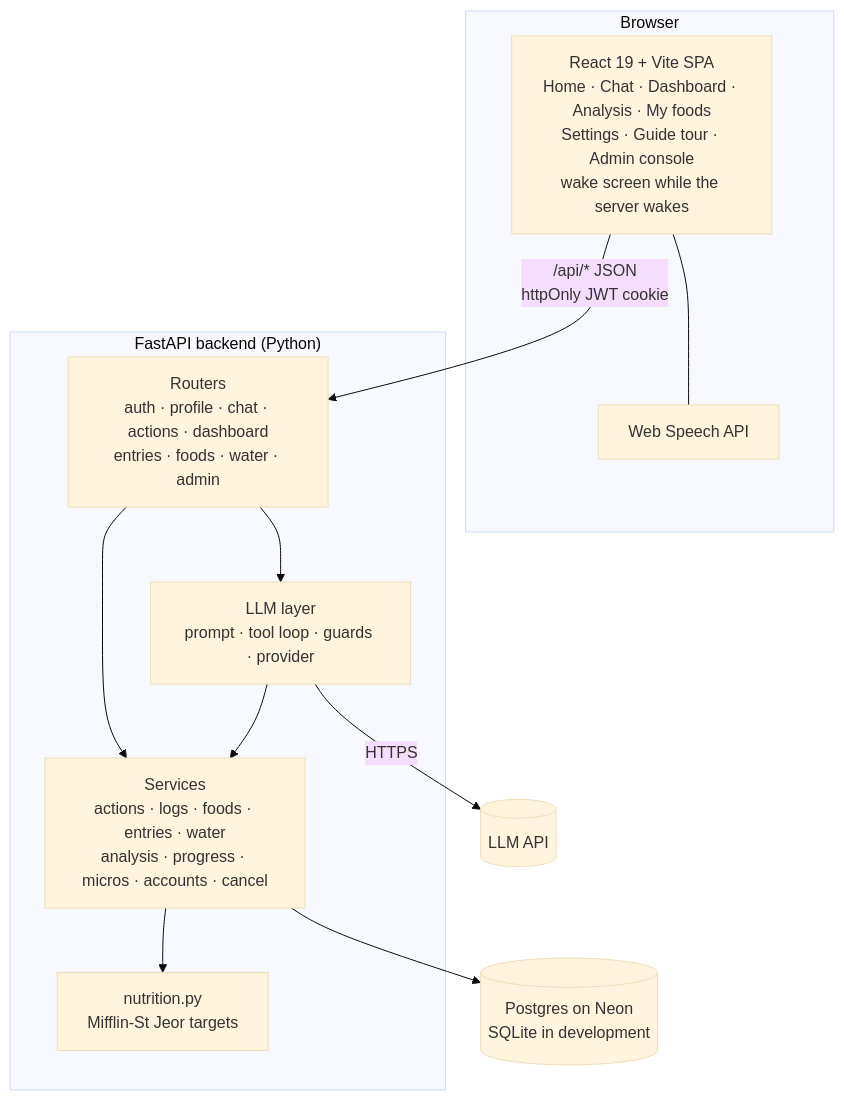
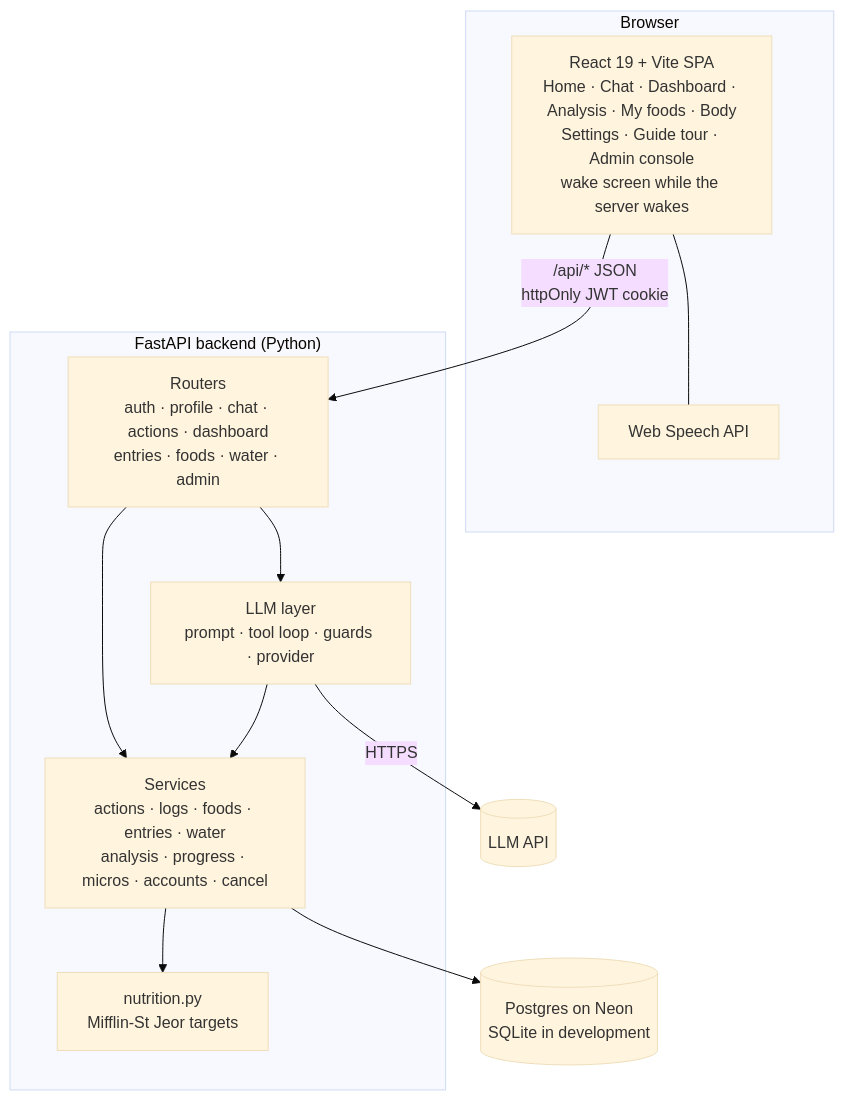
The second of 8 diagrams in docs/hld.md (NeoAnushka21/tracker_poc), drawn with Mermaid (base theme) before and after one commit. The commit also changed other lines of this file and 18 other files, not shown here.

First line of the commit message:
Body tab: BMI, US Navy body-fat estimate, male/female body diagram with tap-to-measure

````diff
--- a/docs/hld.md
+++ b/docs/hld.md
@@ -36,26 +36,26 @@
 ```mermaid
 flowchart TB
     subgraph Browser
-        SPA[React 19 + Vite SPA<br/>Home · Chat · Dashboard · Analysis · My foods<br/>Settings · Guide tour · Admin console<br/>wake screen while the server wakes]
+        SPA[React 19 + Vite SPA<br/>Home · Chat · Dashboard · Analysis · My foods · Body<br/>Settings · Guide tour · Admin console<br/>wake screen while the server wakes]
         STT[Web Speech API]
         SPA --- STT
     end
 
     subgraph Server["FastAPI backend (Python)"]
         R[Routers<br/>auth · profile · chat · actions · dashboard<br/>entries · foods · water · admin]
         L[LLM layer<br/>prompt · tool loop · guards · provider]
         S[Services<br/>actions · logs · foods · entries · water<br/>analysis · progress · micros · accounts · cancel]
         N[nutrition.py<br/>Mifflin-St Jeor targets]
         R --> L
         R --> S
         L --> S
         S --> N
     end
 
     DB[(Postgres on Neon<br/>SQLite in development)]
     LLM[(LLM API)]
 
     SPA -->|/api/* JSON<br/>httpOnly JWT cookie| R
     S --> DB
     L -->|HTTPS| LLM
 ```
````
